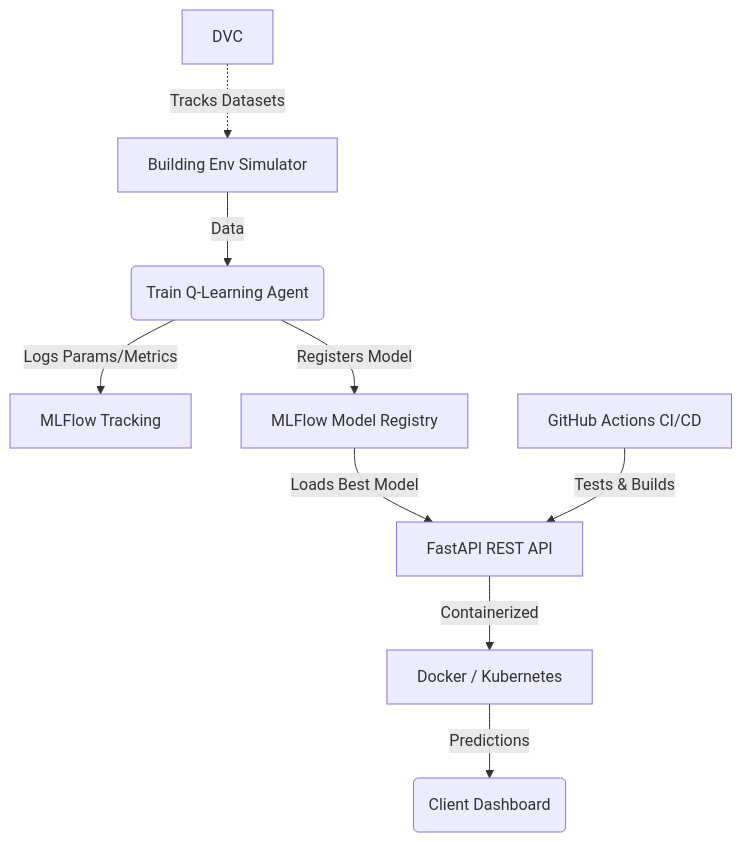
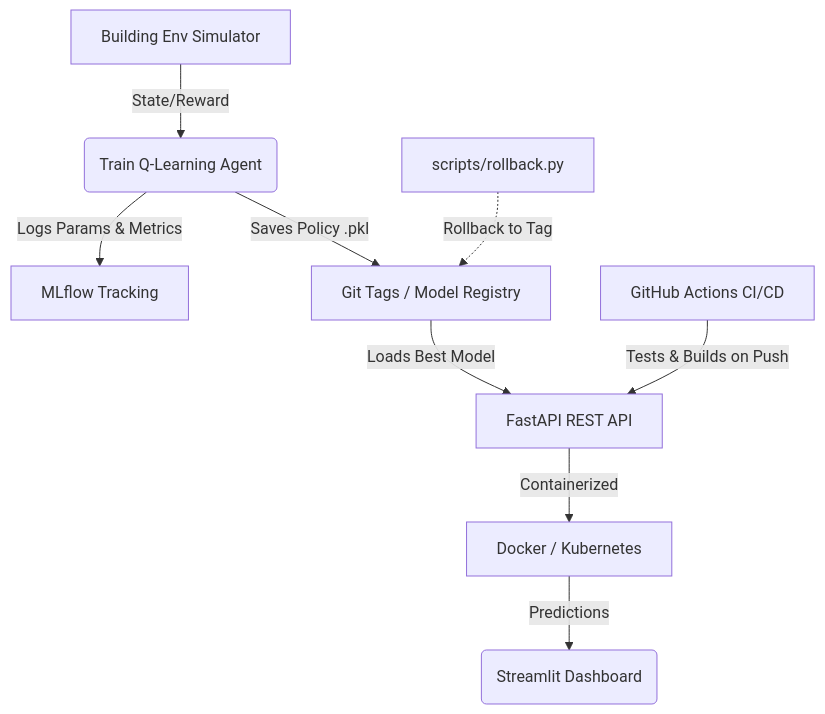
One commit to adwi-30/smart_energy_r1 changed the diagram in README.md. Above: the diagram before and after it, drawn with Mermaid. The commit also changed other lines of this file and 34 other files, not shown here.

````diff
--- a/README.md
+++ b/README.md
@@ -18,12 +18,12 @@
 ```mermaid
 graph TD
-    A[Building Env Simulator] -->|Data| B(Train Q-Learning Agent)
-    B -->|Logs Params/Metrics| C[MLFlow Tracking]
-    B -->|Registers Model| D[MLFlow Model Registry]
+    A[Building Env Simulator] -->|State/Reward| B(Train Q-Learning Agent)
+    B -->|Logs Params & Metrics| C[MLflow Tracking]
+    B -->|Saves Policy .pkl| D[Git Tags / Model Registry]
     D -->|Loads Best Model| E[FastAPI REST API]
     E -->|Containerized| F[Docker / Kubernetes]
-    F -->|Predictions| G(Client Dashboard)
-    
-    H[GitHub Actions CI/CD] -->|Tests & Builds| E
-    I[DVC] -.->|Tracks Datasets| A
+    F -->|Predictions| G(Streamlit Dashboard)
+
+    H[GitHub Actions CI/CD] -->|Tests & Builds on Push| E
+    I[scripts/rollback.py] -.->|Rollback to Tag| D
 ```
````
